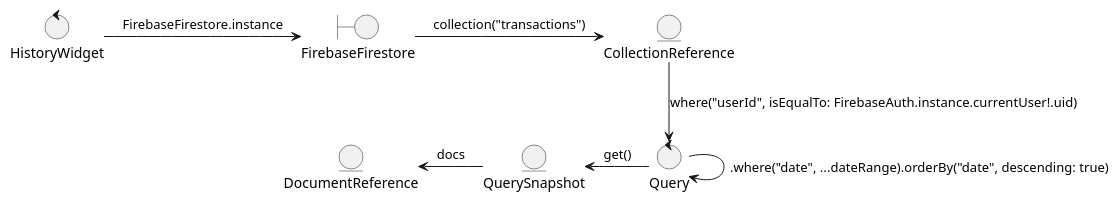
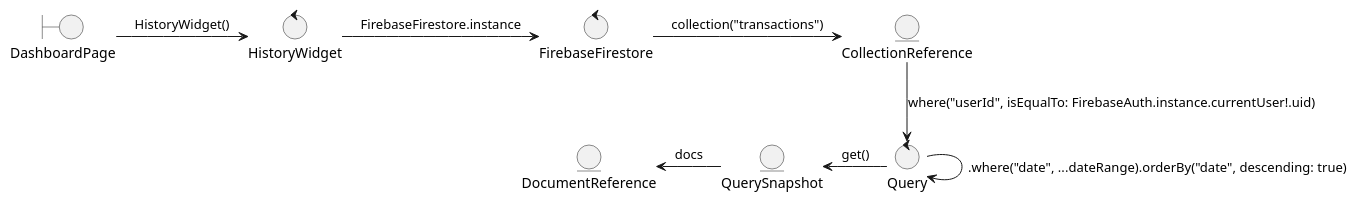
One commit to stnDinus/skpl_apbo_diagrams changed the diagram in trx_history_colab.puml. Above: the diagram before and after it, drawn with PlantUML. The commit also changed 8 other files, not shown here.

```diff
--- a/trx_history_colab.puml
+++ b/trx_history_colab.puml
@@ -1,16 +1,18 @@
 @startuml
+boundary DashboardPage
 control HistoryWidget
-boundary FirebaseFirestore
+control FirebaseFirestore
 entity CollectionReference
 control Query
 entity QuerySnapshot
 entity DocumentReference
 
+(DashboardPage) -> (HistoryWidget): HistoryWidget()
 (HistoryWidget) -> (FirebaseFirestore): FirebaseFirestore.instance
 (FirebaseFirestore) -> (CollectionReference): collection("transactions")
 (CollectionReference) --> (Query): where("userId", isEqualTo: FirebaseAuth.instance.currentUser!.uid)
 (Query) --> (Query): .where("date", ...dateRange).orderBy("date", descending: true)
 (QuerySnapshot) <- (Query): get()
 (DocumentReference) <- (QuerySnapshot): docs
 
 @enduml
```
